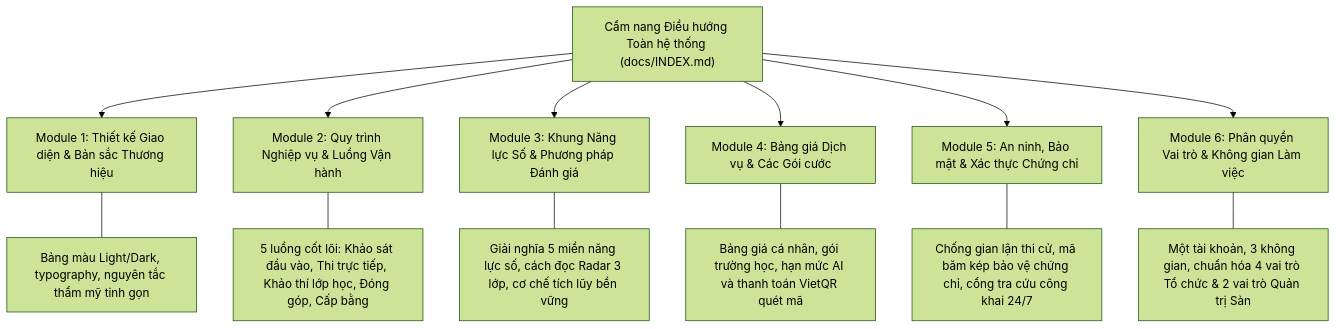
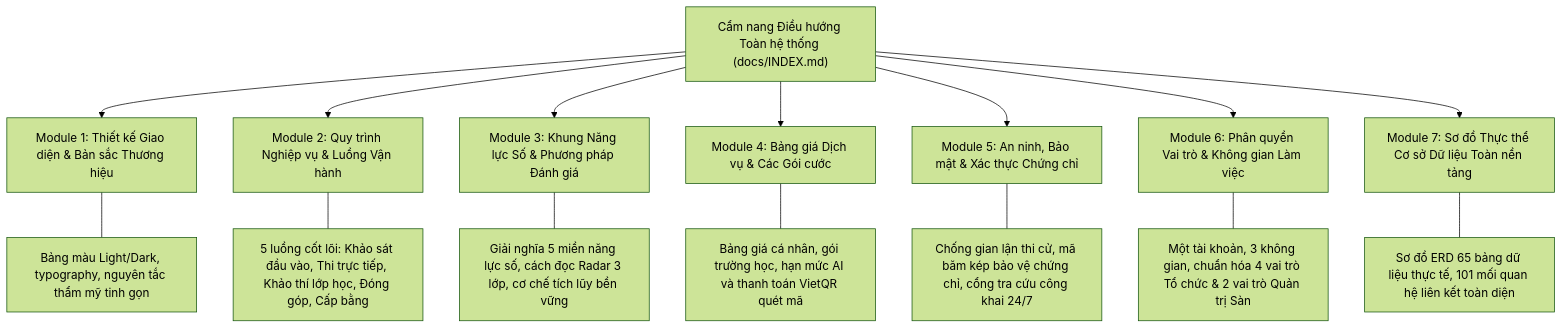
The diagram in docs/INDEX.md (minhhuyzzz/nexa_AI), drawn with Mermaid (forest theme) before and after one commit. The commit also changed other lines of this file and 2 other files, not shown here.

Commit message:
docs: add comprehensive 65-table database ERD specification and link in docs index

````diff
--- a/docs/INDEX.md
+++ b/docs/INDEX.md
@@ -24,16 +24,18 @@
 ```mermaid
 graph TD
     Index["Cẩm nang Điều hướng Toàn hệ thống (docs/INDEX.md)"] --> M1["Module 1: Thiết kế Giao diện & Bản sắc Thương hiệu"]
     Index --> M2["Module 2: Quy trình Nghiệp vụ & Luồng Vận hành"]
     Index --> M3["Module 3: Khung Năng lực Số & Phương pháp Đánh giá"]
     Index --> M4["Module 4: Bảng giá Dịch vụ & Các Gói cước"]
     Index --> M5["Module 5: An ninh, Bảo mật & Xác thực Chứng chỉ"]
     Index --> M6["Module 6: Phân quyền Vai trò & Không gian Làm việc"]
+    Index --> M7["Module 7: Sơ đồ Thực thể Cơ sở Dữ liệu Toàn nền tảng"]
 
     M1 --- M1_note["Bảng màu Light/Dark, typography, nguyên tắc thẩm mỹ tinh gọn"]
     M2 --- M2_note["5 luồng cốt lõi: Khảo sát đầu vào, Thi trực tiếp, Khảo thí lớp học, Đóng góp, Cấp bằng"]
     M3 --- M3_note["Giải nghĩa 5 miền năng lực số, cách đọc Radar 3 lớp, cơ chế tích lũy bền vững"]
     M4 --- M4_note["Bảng giá cá nhân, gói trường học, hạn mức AI và thanh toán VietQR quét mã"]
     M5 --- M5_note["Chống gian lận thi cử, mã băm kép bảo vệ chứng chỉ, cổng tra cứu công khai 24/7"]
     M6 --- M6_note["Một tài khoản, 3 không gian, chuẩn hóa 4 vai trò Tổ chức & 2 vai trò Quản trị Sàn"]
+    M7 --- M7_note["Sơ đồ ERD 65 bảng dữ liệu thực tế, 101 mối quan hệ liên kết toàn diện"]
 ```
````
